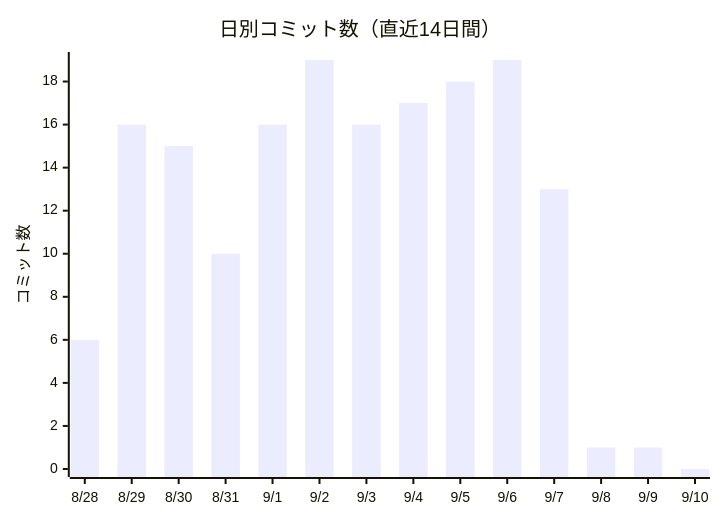
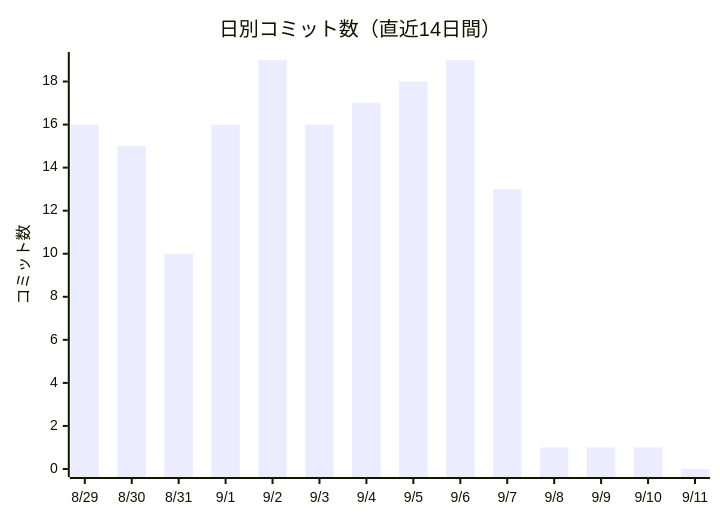
One commit to non-x2/non-x2 changed the first of 2 diagrams in docs/進化レポート.md. Above: the diagram before and after it, drawn with Mermaid. The commit also changed other lines of this file and 4 other files, not shown here.

First line of the commit message:
🌱 地図（CLAUDE.mdの構成表）の書き足し忘れを見張る道具を新設（候補29）

````diff
--- a/docs/進化レポート.md
+++ b/docs/進化レポート.md
@@ -23,7 +23,7 @@
 ```mermaid
 xychart-beta
     title "日別コミット数（直近14日間）"
-    x-axis ["8/28", "8/29", "8/30", "8/31", "9/1", "9/2", "9/3", "9/4", "9/5", "9/6", "9/7", "9/8", "9/9", "9/10"]
+    x-axis ["8/29", "8/30", "8/31", "9/1", "9/2", "9/3", "9/4", "9/5", "9/6", "9/7", "9/8", "9/9", "9/10", "9/11"]
     y-axis "コミット数"
-    bar [6, 16, 15, 10, 16, 19, 16, 17, 18, 19, 13, 1, 1, 0]
+    bar [16, 15, 10, 16, 19, 16, 17, 18, 19, 13, 1, 1, 1, 0]
 ```
````
